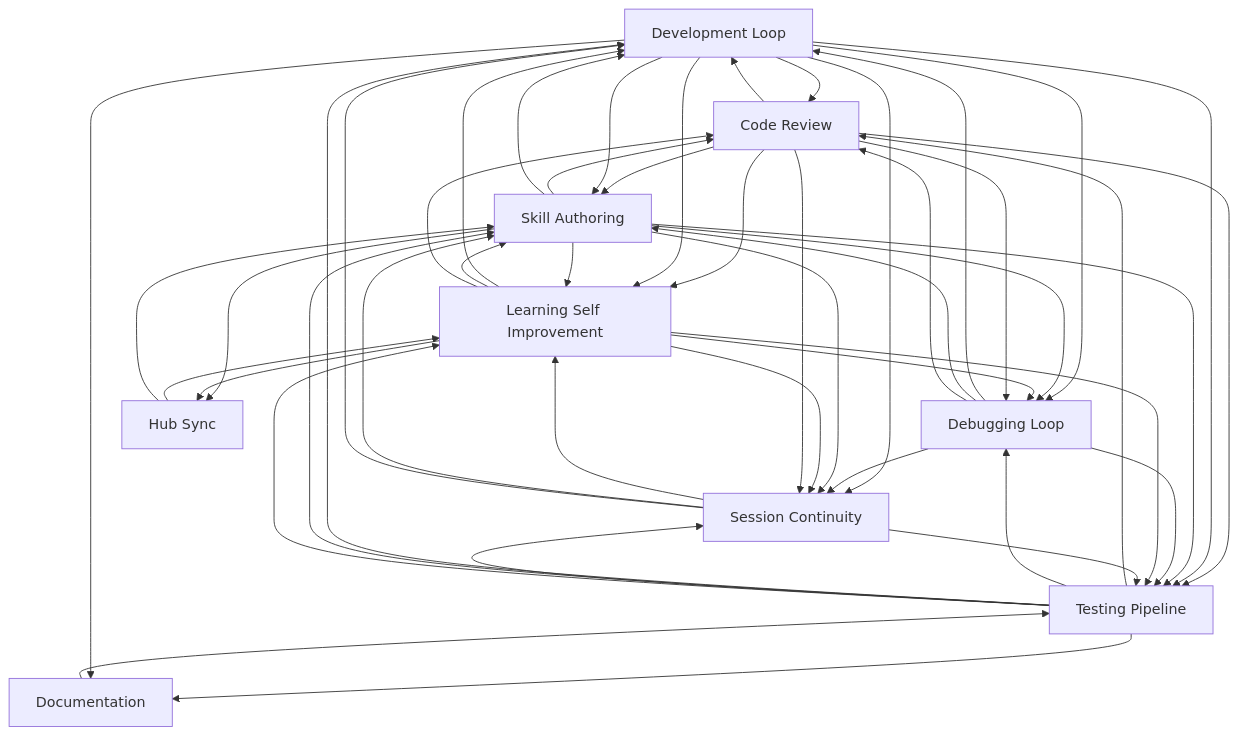
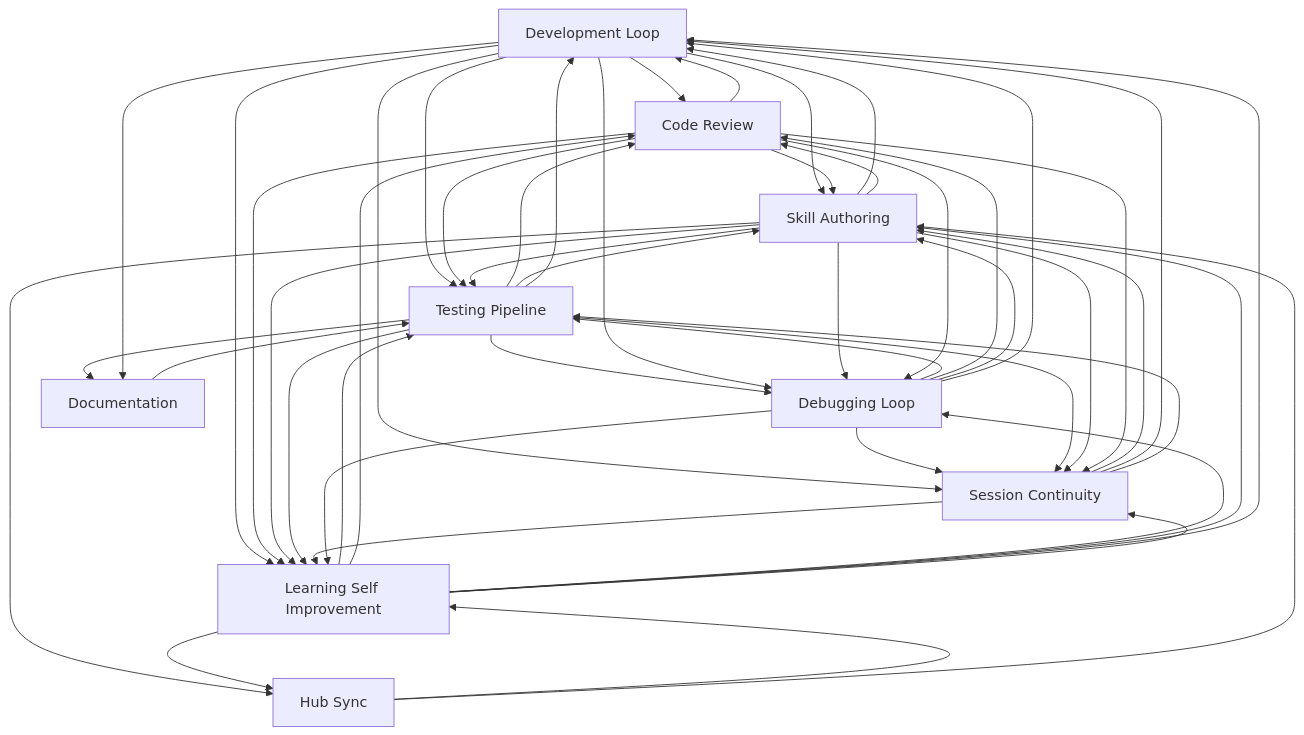
The diagram in docs/workflows/INDEX.md (abhayla/claude-best-practices), drawn with Mermaid before and after one commit. The commit also changed other lines of this file and 11 other files, not shown here.

````diff
--- a/docs/workflows/INDEX.md
+++ b/docs/workflows/INDEX.md
@@ -21,58 +21,59 @@
 ```mermaid
 graph TD
     development_loop[Development Loop]
     testing_pipeline[Testing Pipeline]
     debugging_loop[Debugging Loop]
     learning_self_improvement[Learning Self Improvement]
     session_continuity[Session Continuity]
     skill_authoring[Skill Authoring]
     code_review[Code Review]
     documentation[Documentation]
     hub_sync[Hub Sync]
     documentation --> testing_pipeline
+    development_loop --> code_review
+    development_loop --> skill_authoring
     code_review --> development_loop
     code_review --> skill_authoring
-    development_loop --> code_review
-    development_loop --> skill_authoring
+    development_loop --> testing_pipeline
+    development_loop --> learning_self_improvement
+    code_review --> testing_pipeline
     code_review --> learning_self_improvement
-    code_review --> testing_pipeline
-    development_loop --> learning_self_improvement
-    development_loop --> testing_pipeline
+    debugging_loop --> testing_pipeline
+    debugging_loop --> code_review
     testing_pipeline --> code_review
     testing_pipeline --> debugging_loop
+    development_loop --> debugging_loop
+    debugging_loop --> skill_authoring
+    debugging_loop --> development_loop
+    testing_pipeline --> skill_authoring
     testing_pipeline --> development_loop
-    testing_pipeline --> skill_authoring
+    skill_authoring --> development_loop
     skill_authoring --> code_review
-    skill_authoring --> development_loop
+    skill_authoring --> testing_pipeline
     skill_authoring --> learning_self_improvement
-    skill_authoring --> testing_pipeline
     development_loop --> session_continuity
     debugging_loop --> session_continuity
-    debugging_loop --> development_loop
     testing_pipeline --> session_continuity
     skill_authoring --> session_continuity
-    debugging_loop --> skill_authoring
-    debugging_loop --> code_review
-    debugging_loop --> testing_pipeline
-    development_loop --> debugging_loop
     skill_authoring --> debugging_loop
+    learning_self_improvement --> testing_pipeline
+    learning_self_improvement --> code_review
     learning_self_improvement --> debugging_loop
+    learning_self_improvement --> skill_authoring
     learning_self_improvement --> development_loop
-    learning_self_improvement --> skill_authoring
-    learning_self_improvement --> code_review
-    learning_self_improvement --> testing_pipeline
     code_review --> debugging_loop
+    testing_pipeline --> learning_self_improvement
+    code_review --> session_continuity
     learning_self_improvement --> session_continuity
-    code_review --> session_continuity
-    testing_pipeline --> learning_self_improvement
     session_continuity --> learning_self_improvement
     session_continuity --> skill_authoring
     testing_pipeline --> documentation
     development_loop --> documentation
     session_continuity --> development_loop
     session_continuity --> testing_pipeline
     skill_authoring --> hub_sync
+    debugging_loop --> learning_self_improvement
     learning_self_improvement --> hub_sync
     hub_sync --> learning_self_improvement
     hub_sync --> skill_authoring
 ```
````
